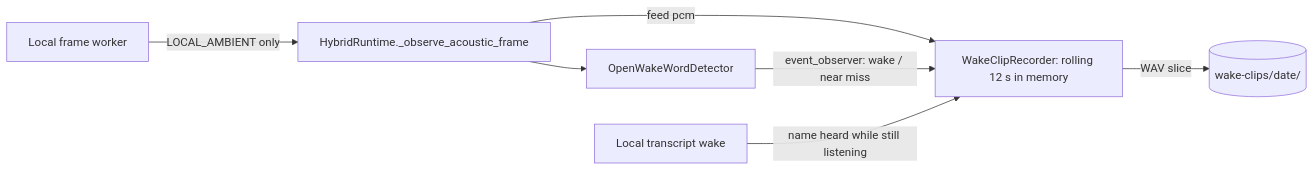
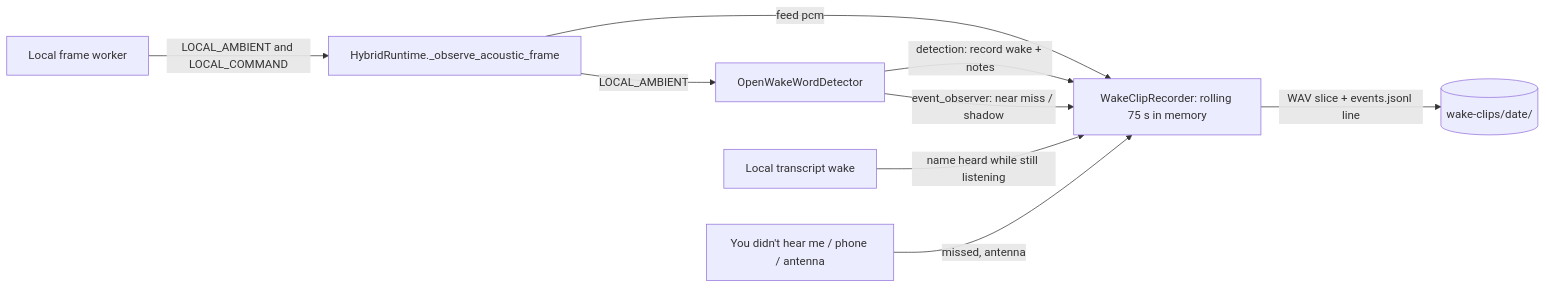
The diagram in docs/features/wake-clip-capture.md (eduardoyi/reachy_mini_conversation_app), drawn with Mermaid before and after one commit. The commit also changed other lines of this file and 47 other files, not shown here.

First line of the commit message:
feat(wake): learn the wake word every night from the household's own audio

````diff
--- a/docs/features/wake-clip-capture.md
+++ b/docs/features/wake-clip-capture.md
@@ -36,9 +53,11 @@
 ```mermaid
 flowchart LR
-  Mic[Local frame worker] -->|LOCAL_AMBIENT only| Runtime[HybridRuntime._observe_acoustic_frame]
-  Runtime -->|feed pcm| Recorder[WakeClipRecorder: rolling 12 s in memory]
-  Runtime --> Detector[OpenWakeWordDetector]
-  Detector -->|event_observer: wake / near miss| Recorder
+  Mic[Local frame worker] -->|LOCAL_AMBIENT and LOCAL_COMMAND| Runtime[HybridRuntime._observe_acoustic_frame]
+  Runtime -->|feed pcm| Recorder[WakeClipRecorder: rolling 75 s in memory]
+  Runtime -->|LOCAL_AMBIENT| Detector[OpenWakeWordDetector]
+  Detector -->|detection: record wake + notes| Recorder
+  Detector -->|event_observer: near miss / shadow| Recorder
   STT[Local transcript wake] -->|name heard while still listening| Recorder
-  Recorder -->|WAV slice| Disk[(wake-clips/date/)]
+  Quick["You didn't hear me / phone / antenna"] -->|missed, antenna| Recorder
+  Recorder -->|WAV slice + events.jsonl line| Disk[(wake-clips/date/)]
 ```
````
